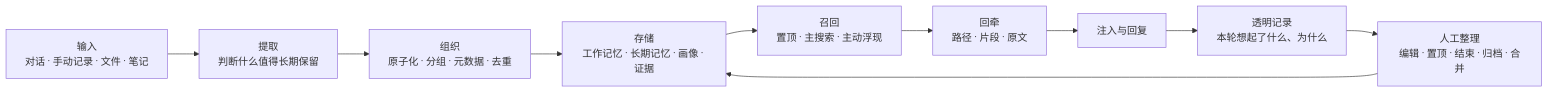
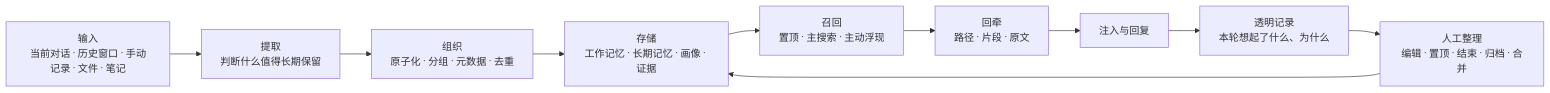
One commit to TAra93-1/AZOTH_mem changed the second of 4 diagrams in azoth_memory_system_anatomy.md. Above: the diagram before and after it, drawn with Mermaid. The commit also changed other lines of this file and 1 other file, not shown here.

````diff
--- a/azoth_memory_system_anatomy.md
+++ b/azoth_memory_system_anatomy.md
@@ -163,12 +170,12 @@
 ```mermaid
 flowchart LR
-    A["输入<br/>对话 · 手动记录 · 文件 · 笔记"] --> B["提取<br/>判断什么值得长期保留"]
+    A["输入<br/>当前对话 · 历史窗口 · 手动记录 · 文件 · 笔记"] --> B["提取<br/>判断什么值得长期保留"]
     B --> C["组织<br/>原子化 · 分组 · 元数据 · 去重"]
     C --> D["存储<br/>工作记忆 · 长期记忆 · 画像 · 证据"]
     D --> E["召回<br/>置顶 · 主搜索 · 主动浮现"]
     E --> F["回牵<br/>路径 · 片段 · 原文"]
     F --> G["注入与回复"]
     G --> H["透明记录<br/>本轮想起了什么、为什么"]
     H --> I["人工整理<br/>编辑 · 置顶 · 结束 · 归档 · 合并"]
     I --> D
 ```
````
